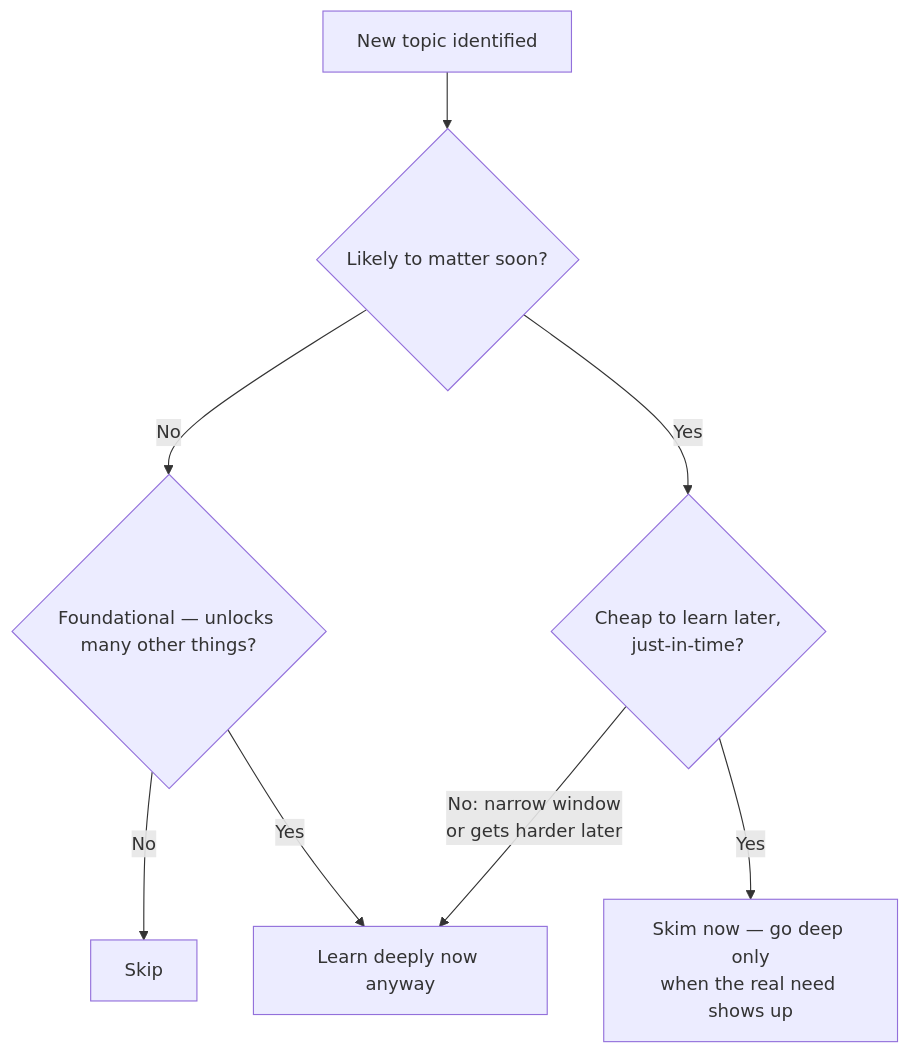
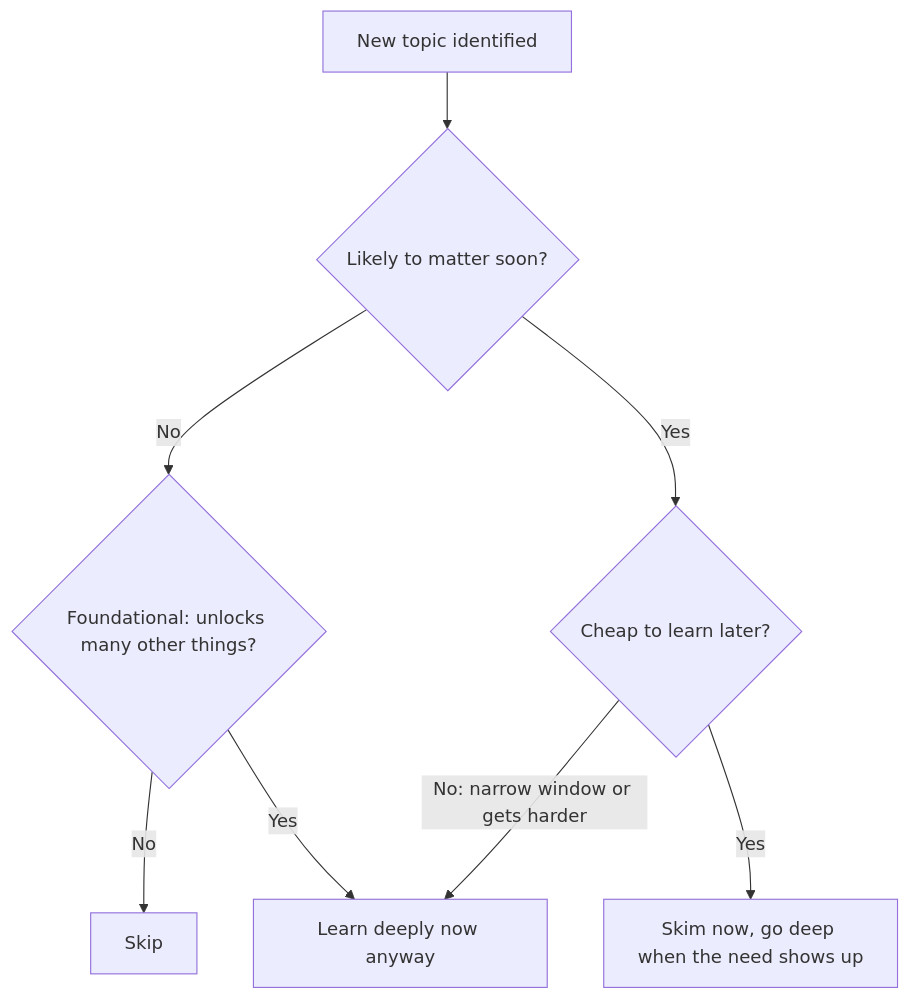
Before and after one commit to francoandreDev/knowledge: the second of 2 diagrams in src/content/learning-craft/prioritization/L2-concept.mdx, drawn with Mermaid. The commit also changed other lines of this file and 3 other files, not shown here.

````diff
--- a/src/content/learning-craft/prioritization/L2-concept.mdx
+++ b/src/content/learning-craft/prioritization/L2-concept.mdx
@@ -92,10 +101,10 @@
 ```mermaid
 flowchart TD
     A[New topic identified] --> B{Likely to matter soon?}
-    B -- No --> C{Foundational — unlocks many other things?}
+    B -- No --> C{Foundational: unlocks many other things?}
     C -- No --> D[Skip]
     C -- Yes --> E[Learn deeply now anyway]
-    B -- Yes --> F{Cheap to learn later,<br/>just-in-time?}
-    F -- Yes --> G[Skim now — go deep only<br/>when the real need shows up]
-    F -- No: narrow window<br/>or gets harder later --> E
+    B -- Yes --> F{Cheap to learn later?}
+    F -- Yes --> G[Skim now, go deep when the need shows up]
+    F -- No: narrow window or gets harder --> E
 ```
````
